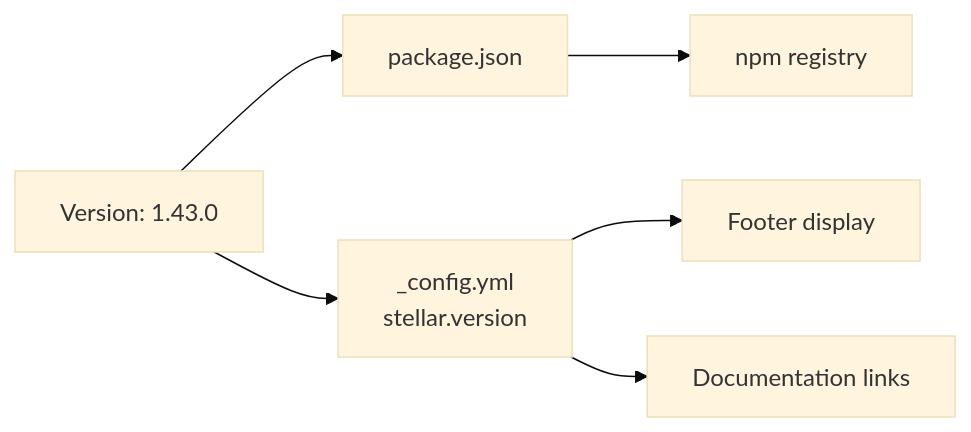
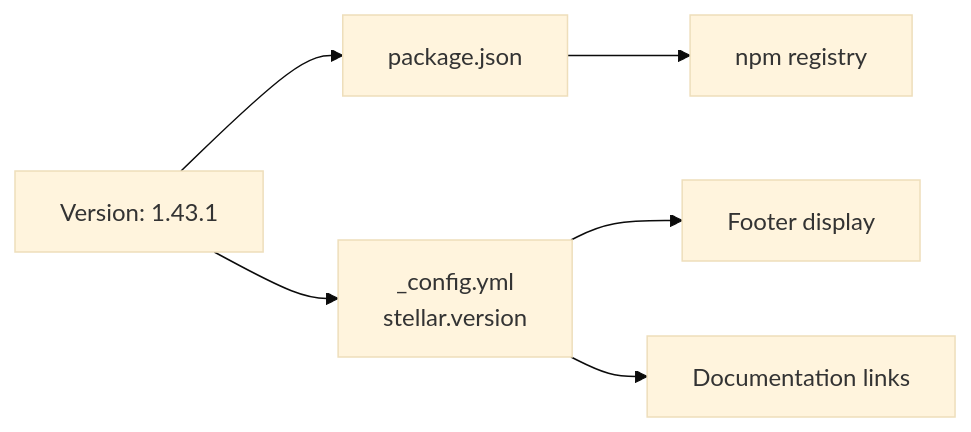
Before and after one commit to penndu/hexo: the fifth of 5 diagrams in themes/stellar/docs/knowledge/00-总览与安装配置/installation.md, drawn with Mermaid (base theme). The commit also changed other lines of this file and 9 other files, not shown here.

````diff
--- a/themes/stellar/docs/knowledge/00-总览与安装配置/installation.md
+++ b/themes/stellar/docs/knowledge/00-总览与安装配置/installation.md
@@ -373,14 +373,14 @@
 ```mermaid
 graph LR
-    VER["Version: 1.43.0"]
+    VER["Version: 1.43.1"]
     
     PKG["package.json"]
     CONFIG["_config.yml<br/>stellar.version"]
     
     VER --> PKG
     VER --> CONFIG
     
     PKG --> NPM["npm registry"]
     CONFIG --> FOOTER["Footer display"]
     CONFIG --> DOCS["Documentation links"]
 ```
````
